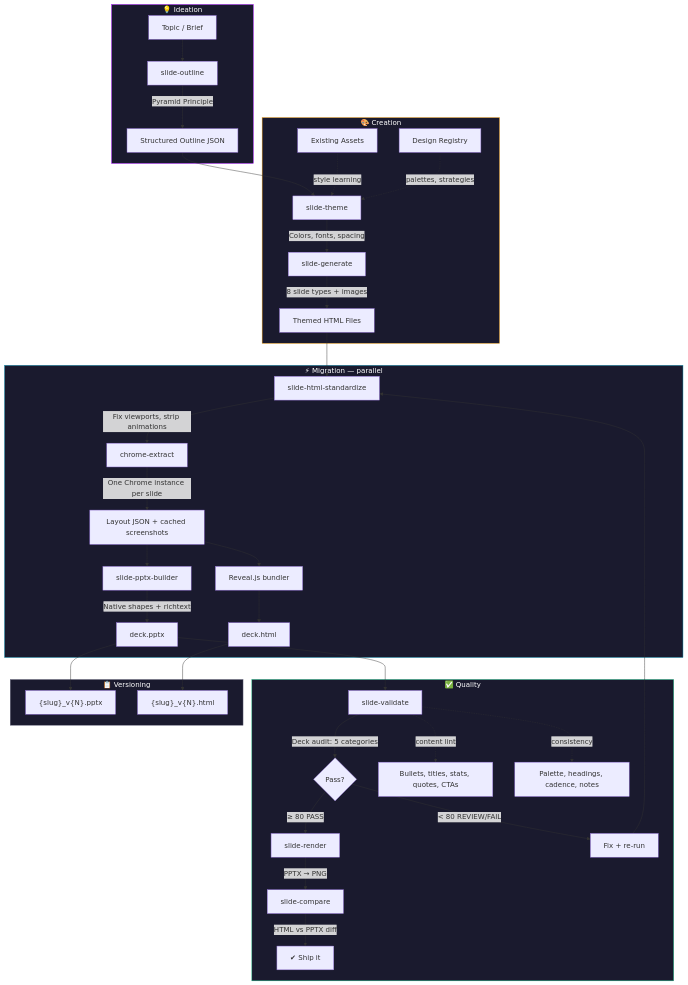
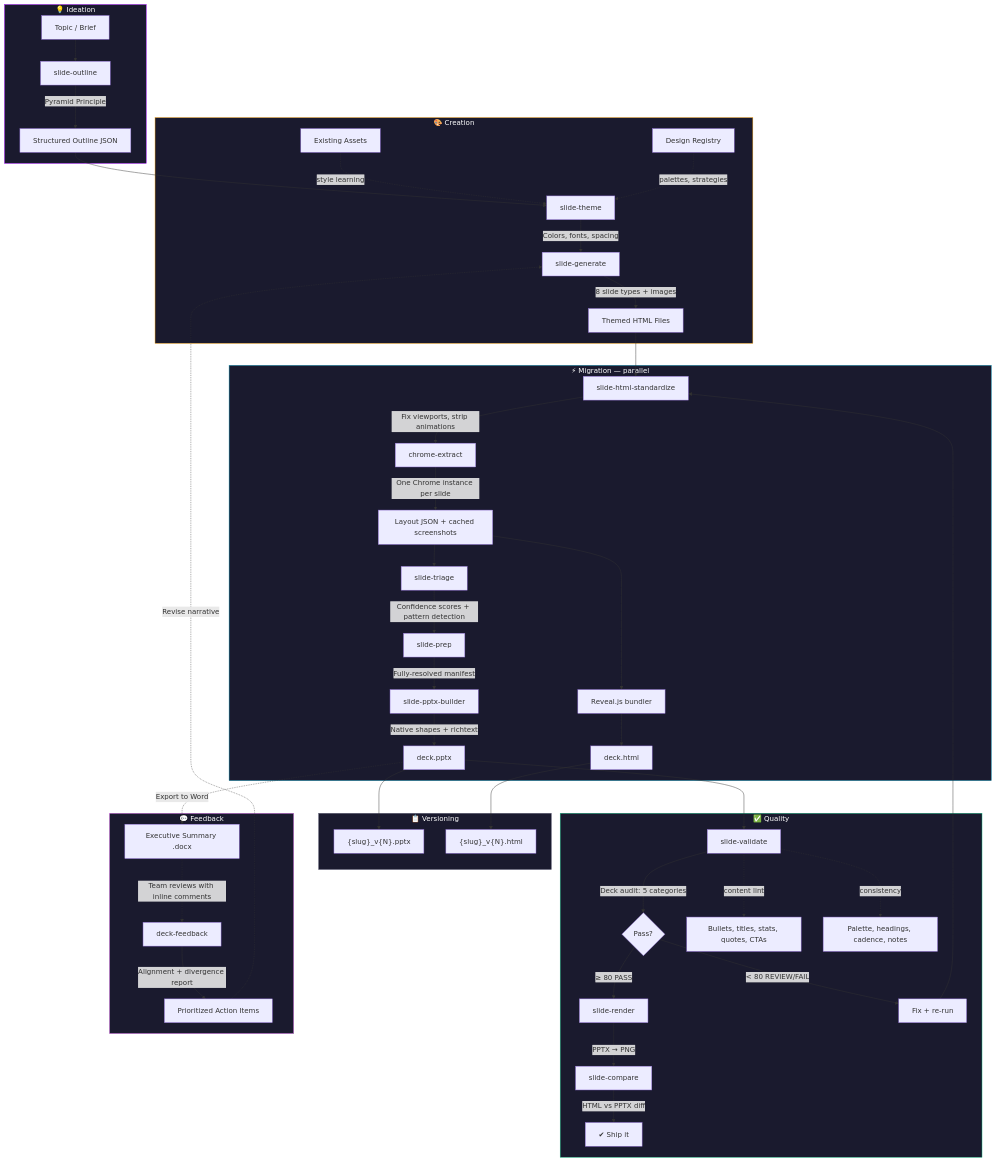
The diagram in PIPELINE.md (mikeparcewski/wicked-prezzie), drawn with Mermaid before and after one commit. The commit also changed other lines of this file and 3 other files, not shown here.

First line of the commit message:
Update docs for v5.0–v5.3: feedback workflow, triage pipeline, 21 skills

````diff
--- a/PIPELINE.md
+++ b/PIPELINE.md
@@ -3,48 +3,58 @@
 ```mermaid
 graph TD
     subgraph Ideation["💡 Ideation"]
         A[Topic / Brief] --> B[slide-outline]
         B -->|Pyramid Principle| C[Structured Outline JSON]
     end
 
     subgraph Creation["🎨 Creation"]
         C --> D[slide-theme]
         D -->|Colors, fonts, spacing| E[slide-generate]
         E -->|8 slide types + images| F[Themed HTML Files]
         LEARN[Existing Assets] -.->|style learning| D
         REGISTRY[Design Registry] -.->|palettes, strategies| D
     end
 
     subgraph Migration["⚡ Migration — parallel"]
         F --> G[slide-html-standardize]
         G -->|Fix viewports, strip animations| H[chrome-extract]
         H -->|One Chrome instance per slide| I[Layout JSON + cached screenshots]
-        I --> J[slide-pptx-builder]
+        I --> TRIAGE[slide-triage]
+        TRIAGE -->|Confidence scores + pattern detection| PREP[slide-prep]
+        PREP -->|Fully-resolved manifest| J[slide-pptx-builder]
         J -->|Native shapes + richtext| K[deck.pptx]
         I --> REVEAL[Reveal.js bundler]
         REVEAL --> HTML[deck.html]
     end
 
     subgraph Quality["✅ Quality"]
         K --> L[slide-validate]
         L -->|Deck audit: 5 categories| M{Pass?}
         M -->|≥ 80 PASS| N[slide-render]
         M -->|< 80 REVIEW/FAIL| O[Fix + re-run]
         O --> G
         N -->|PPTX → PNG| P[slide-compare]
         P -->|HTML vs PPTX diff| Q[✔ Ship it]
         L -.->|content lint| LINT[Bullets, titles, stats, quotes, CTAs]
         L -.->|consistency| CONSIST[Palette, headings, cadence, notes]
     end
 
     subgraph Versioning["📋 Versioning"]
         K --> VER["{slug}_v{N}.pptx"]
         HTML --> VER2["{slug}_v{N}.html"]
     end
 
     style Ideation fill:#1a1a2e,stroke:#a100ff,color:#fff
     style Creation fill:#1a1a2e,stroke:#f59e0b,color:#fff
     style Migration fill:#1a1a2e,stroke:#0891b2,color:#fff
     style Quality fill:#1a1a2e,stroke:#10b981,color:#fff
+    subgraph Feedback["💬 Feedback"]
+        K -.->|Export to Word| WORD[Executive Summary .docx]
+        WORD -.->|Team reviews with inline comments| FB[deck-feedback]
+        FB -->|Alignment + divergence report| ACTIONS[Prioritized Action Items]
+        ACTIONS -.->|Revise narrative| E
+    end
+
+    style Feedback fill:#1a1a2e,stroke:#e879f9,color:#fff
     style Versioning fill:#1a1a2e,stroke:#6b6b80,color:#fff
 ```
````
